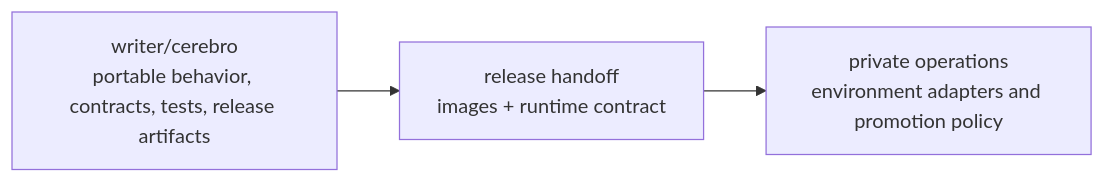
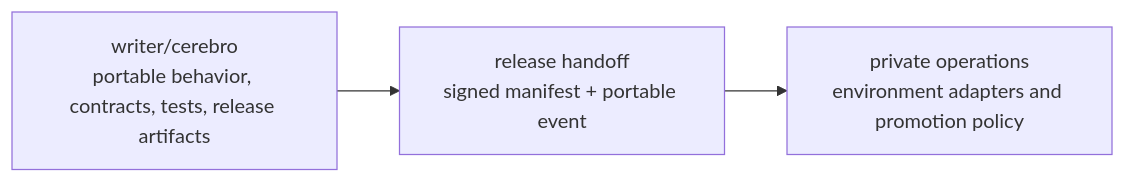
The second of 5 diagrams in README.md (writer/cerebro), drawn with Mermaid before and after one commit. The commit also changed other lines of this file and 10 other files, not shown here.

Commit message:
release: make consumer handoff topology neutral

````diff
--- a/README.md
+++ b/README.md
@@ -37,9 +37,9 @@
 ```mermaid
 flowchart LR
   Public["writer/cerebro<br/>portable behavior, contracts, tests, release artifacts"]
-  Handoff["release handoff<br/>images + runtime contract"]
+  Handoff["release handoff<br/>signed manifest + portable event"]
   Private["private operations<br/>environment adapters and promotion policy"]
 
   Public --> Handoff
   Handoff --> Private
 ```
````
